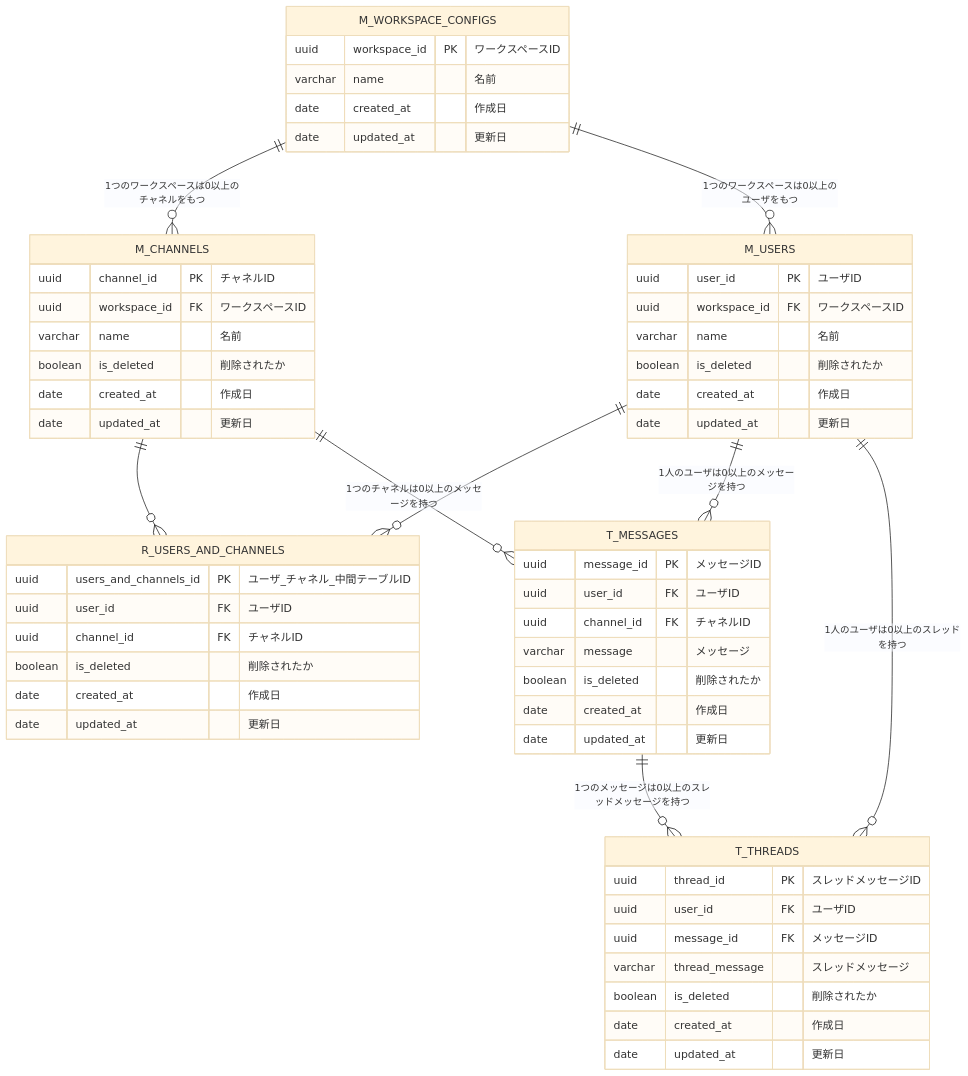
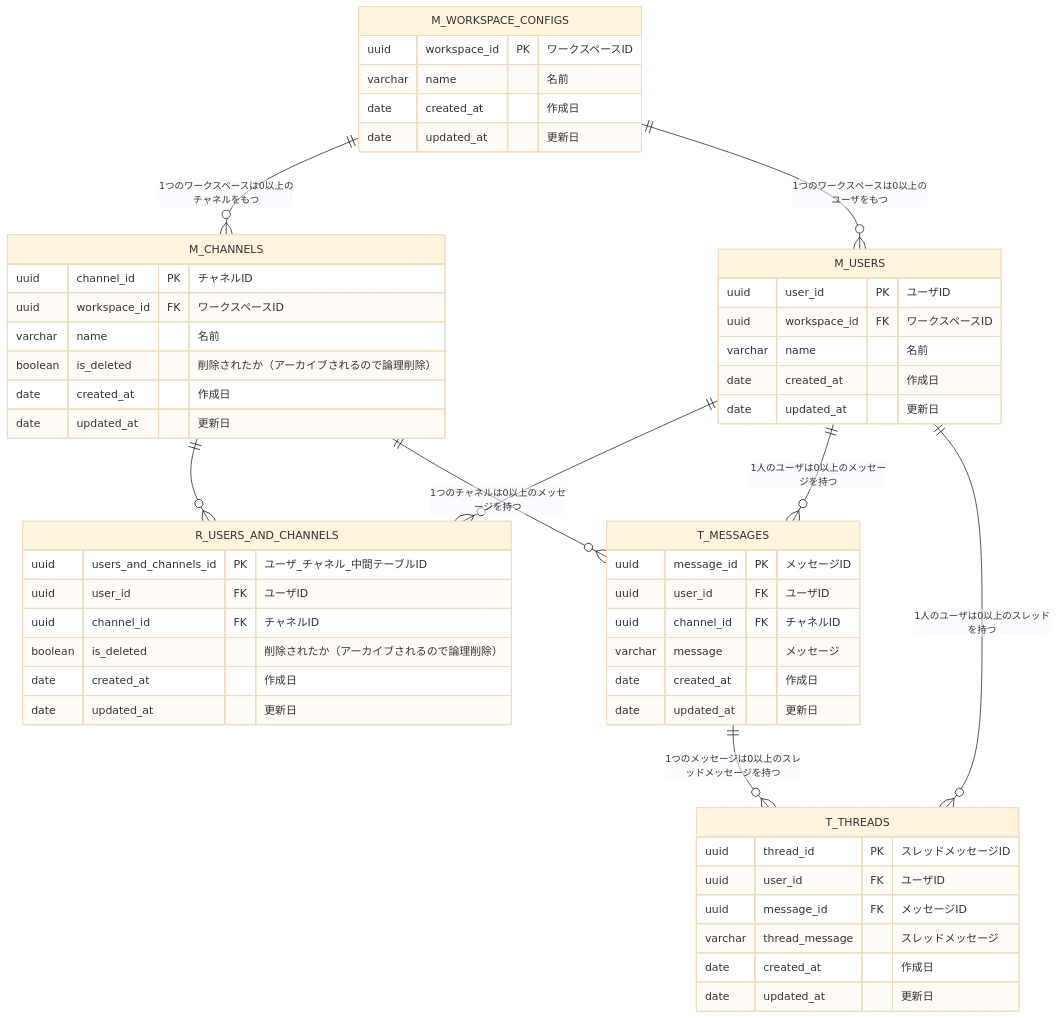
One commit to praha-inc/praha-challenge-7 changed the diagram in F0yWy8HaLlWoST/01_データベース設計/02_DBモデリング2/kadai_01.md. Above: the diagram before and after it, drawn with Mermaid (base theme). The commit also changed 5 other files, not shown here.

````diff
--- a/F0yWy8HaLlWoST/01_データベース設計/02_DBモデリング2/kadai_01.md
+++ b/F0yWy8HaLlWoST/01_データベース設計/02_DBモデリング2/kadai_01.md
@@ -3,66 +3,63 @@
 ```mermaid
 erDiagram
 
   M_WORKSPACE_CONFIGS {
     uuid workspace_id PK "ワークスペースID"
     varchar name "<Not null> 名前"
     date created_at "<Not null> 作成日"
     date updated_at "更新日"
   }
 
   M_USERS {
     uuid user_id PK "ユーザID"
     uuid workspace_id FK "<Not null> ワークスペースID"
     varchar name "<Not null> 名前"
-    boolean is_deleted "<Not null> 削除されたか"
     date created_at "<Not null> 作成日"
     date updated_at "更新日"
   }
 
   M_CHANNELS {
     uuid channel_id PK "チャネルID"
     uuid workspace_id FK "<Not null> ワークスペースID"
     varchar name "<Not null> 名前"
-    boolean is_deleted "<Not null> 削除されたか"
+    boolean is_deleted "<Not null> 削除されたか（アーカイブされるので論理削除）"
     date created_at "<Not null> 作成日"
     date updated_at "更新日"
   }
 
   R_USERS_AND_CHANNELS {
     uuid users_and_channels_id PK "ユーザ_チャネル_中間テーブルID"
     uuid user_id FK "<Not null> ユーザID"
     uuid channel_id FK "<Not null> チャネルID"
-    boolean is_deleted "<Not null> 削除されたか"
+    boolean is_deleted "<Not null> 削除されたか（アーカイブされるので論理削除）"
     date created_at "<Not null> 作成日"
     date updated_at "更新日"
   }
 
   T_MESSAGES {
     uuid message_id PK "メッセージID"
     uuid user_id FK "<Not null> ユーザID"
     uuid channel_id FK "<Not null> チャネルID"
     varchar message "<Not null> メッセージ"
-    boolean is_deleted "<Not null> 削除されたか"
     date created_at "<Not null> 作成日"
     date updated_at "更新日"
   }
 
   T_THREADS {
     uuid thread_id PK "スレッドメッセージID"
     uuid user_id FK "<Not null> ユーザID"
     uuid message_id FK "<Not null> メッセージID"
     varchar thread_message "<Not null> スレッドメッセージ"
-    boolean is_deleted "<Not null> 削除されたか"
     date created_at "<Not null> 作成日"
     date updated_at "更新日"
   }
 
   M_WORKSPACE_CONFIGS ||--o{ M_CHANNELS: "1つのワークスペースは0以上のチャネルをもつ"
   M_WORKSPACE_CONFIGS ||--o{ M_USERS: "1つのワークスペースは0以上のユーザをもつ"
   M_USERS ||--o{ R_USERS_AND_CHANNELS: ""
   M_CHANNELS ||--o{ R_USERS_AND_CHANNELS: ""
   M_CHANNELS ||--o{ T_MESSAGES: "1つのチャネルは0以上のメッセージを持つ"
   M_USERS ||--o{ T_MESSAGES: "1人のユーザは0以上のメッセージを持つ"
   T_MESSAGES ||--o{ T_THREADS: "1つのメッセージは0以上のスレッドメッセージを持つ"
   M_USERS ||--o{ T_THREADS: "1人のユーザは0以上のスレッドを持つ"
 ```
````
